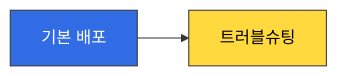
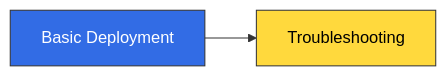
One commit to devfloor9/engineering-playbook changed the first of 2 diagrams in docs/agentic-ai-platform/reference-architecture/inference-gateway/setup/index.md. Above: the diagram before and after it, drawn with Mermaid. The commit also changed other lines of this file and 954 other files, not shown here.

````diff
--- a/docs/agentic-ai-platform/reference-architecture/inference-gateway/setup/index.md
+++ b/docs/agentic-ai-platform/reference-architecture/inference-gateway/setup/index.md
@@ -117,6 +107,6 @@
 ```mermaid
 graph LR
-    A[기본 배포] --> B[트러블슈팅]
+    A[Basic Deployment] --> B[Troubleshooting]
     style A fill:#326ce5,stroke:#333,color:#fff
     style B fill:#ffd93d,stroke:#333,color:#000
 ```
````
